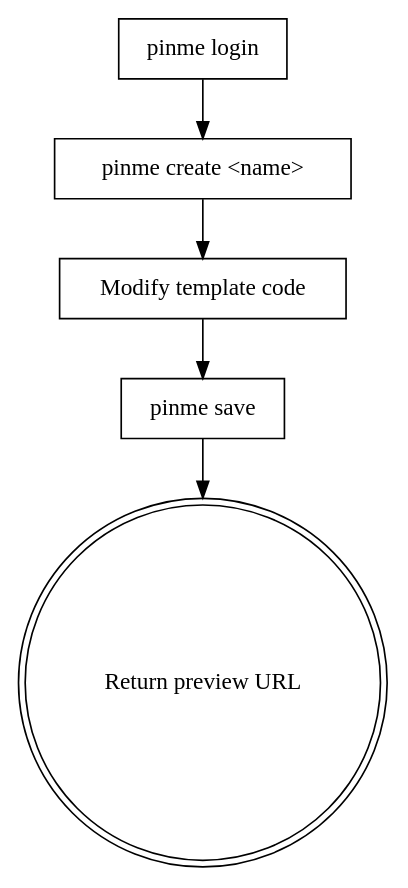
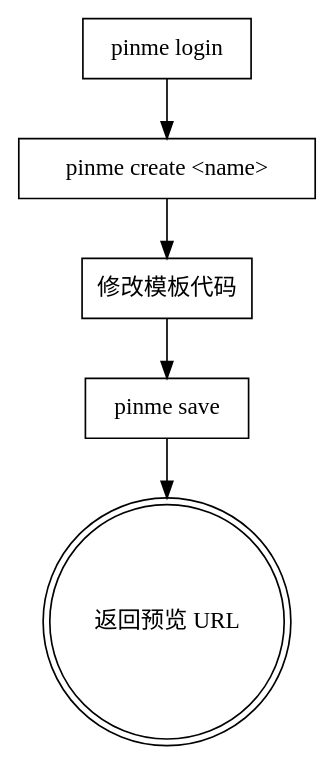
The third of 3 diagrams in skills/pinme/SKILL.md (glitternetwork/pinme), drawn with Graphviz before and after one commit. The commit also changed other lines of this file, not shown here.

Commit message:
docs: translate pinme skill documentation to Chinese

````diff
--- a/skills/pinme/SKILL.md
+++ b/skills/pinme/SKILL.md
@@ -84,14 +84,14 @@
 ```dot
 digraph fullstack_flow {
     "pinme login" [shape=box];
     "pinme create <name>" [shape=box];
-    "Modify template code" [shape=box];
+    "修改模板代码" [shape=box];
     "pinme save" [shape=box];
-    "Return preview URL" [shape=doublecircle];
+    "返回预览 URL" [shape=doublecircle];
 
     "pinme login" -> "pinme create <name>";
-    "pinme create <name>" -> "Modify template code";
-    "Modify template code" -> "pinme save";
-    "pinme save" -> "Return preview URL";
+    "pinme create <name>" -> "修改模板代码";
+    "修改模板代码" -> "pinme save";
+    "pinme save" -> "返回预览 URL";
 }
 ```
````
